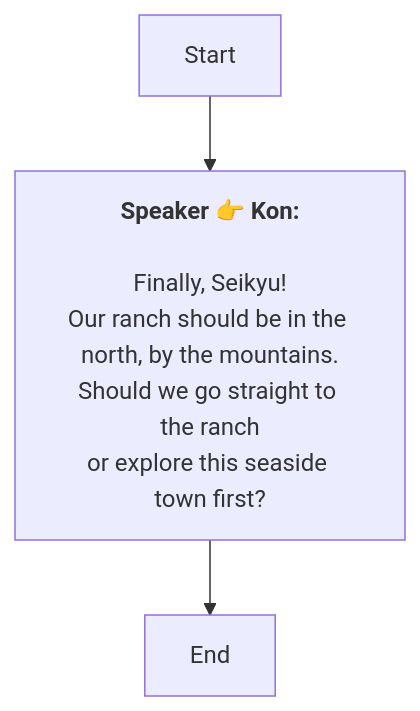
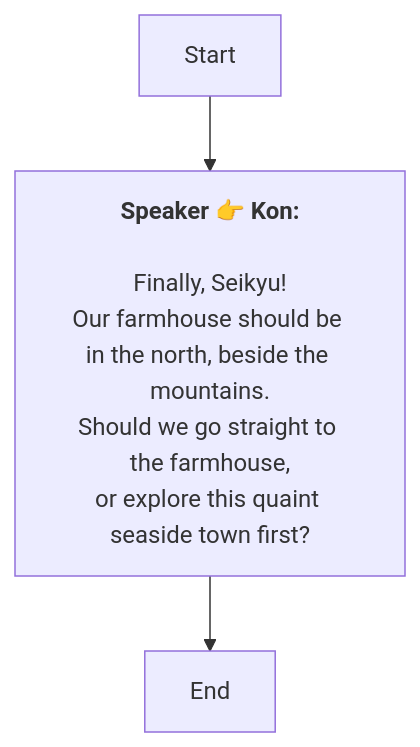
One commit to SoftHu/tos_avg changed the diagram in En/GameStartAvg.md. Above: the diagram before and after it, drawn with Mermaid. The commit also changed 297 other files, not shown here.

````diff
--- a/En/GameStartAvg.md
+++ b/En/GameStartAvg.md
@@ -1,11 +1,11 @@
 ```mermaid
 graph
 Start -->1738357218525366[<b>Speaker 👉 Kon:</b>
 
 Finally, Seikyu!
-Our ranch should be in the north, by the mountains.
-Should we go straight to the ranch
-or explore this seaside town first?]
+Our farmhouse should be in the north, beside the mountains.
+Should we go straight to the farmhouse,
+or explore this quaint seaside town first?]
 1738357218525366 -->1738357311415479[End]
 
  ```
````
